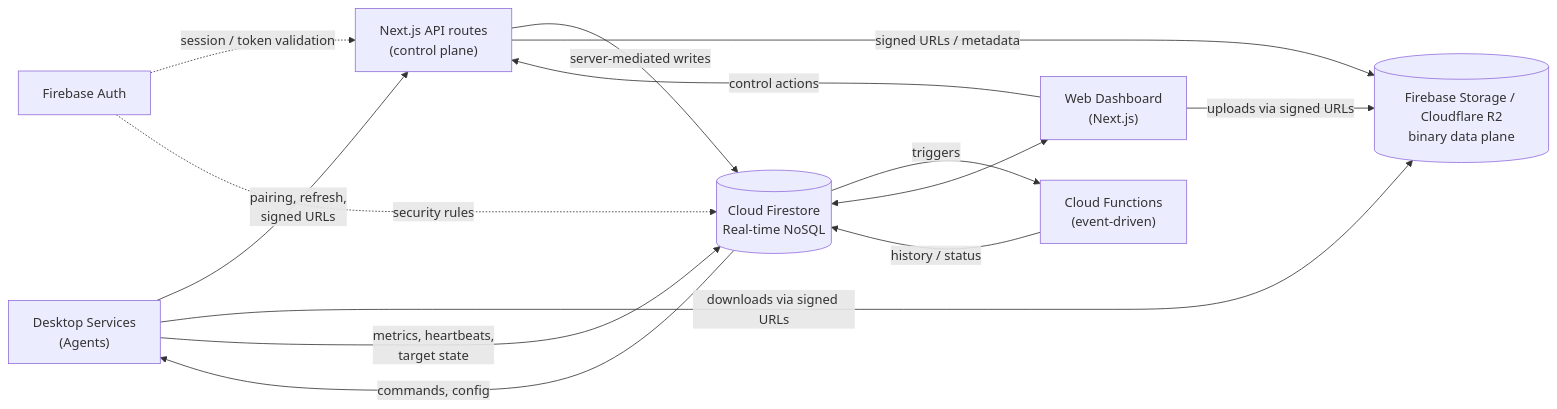
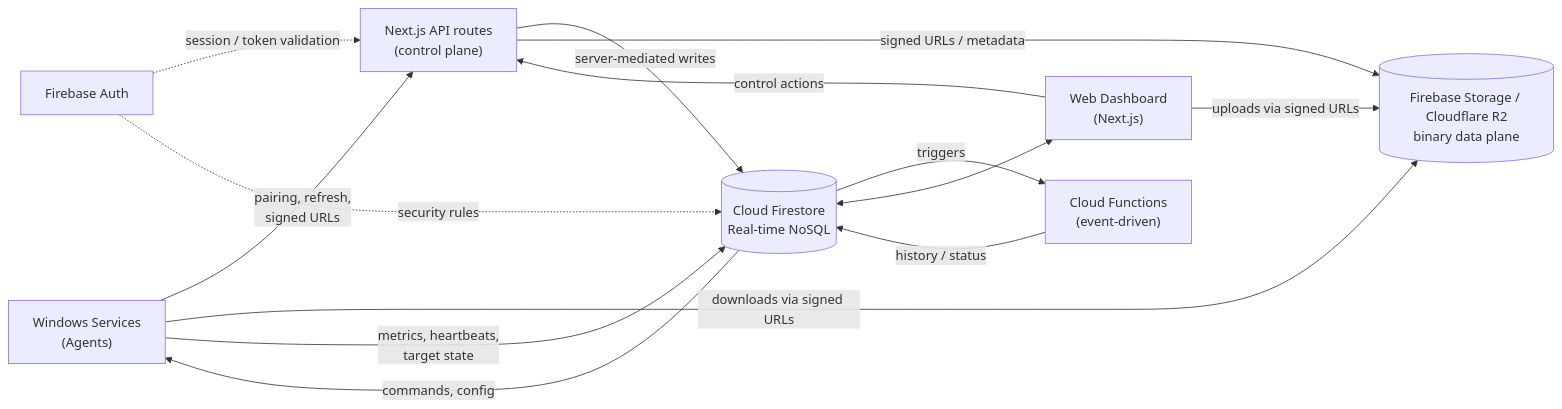
The first of 10 diagrams in web/content/docs/architecture.mdx (theexperiential/owlette), drawn with Mermaid before and after one commit. The commit also changed other lines of this file and 27 other files, not shown here.

````diff
--- a/web/content/docs/architecture.mdx
+++ b/web/content/docs/architecture.mdx
@@ -10,24 +10,24 @@
 ```mermaid
 flowchart LR
-    Agents["Desktop Services\n(Agents)"]
+    Agents["Windows Services\n(Agents)"]
     API["Next.js API routes\n(control plane)"]
     FS[("Cloud Firestore\nReal-time NoSQL")]
     Storage[("Firebase Storage / Cloudflare R2\nbinary data plane")]
     CF["Cloud Functions\n(event-driven)"]
     Dashboard["Web Dashboard\n(Next.js)"]
     Auth["Firebase Auth"]
 
     Dashboard -- "control actions" --> API
     Agents -- "pairing, refresh,\nsigned URLs" --> API
     API -- "server-mediated writes" --> FS
     API -- "signed URLs / metadata" --> Storage
     Dashboard -- "uploads via signed URLs" --> Storage
     Agents -- "downloads via signed URLs" --> Storage
     Agents -- "metrics, heartbeats,\ntarget state" --> FS
     FS -- "commands, config" --> Agents
     FS -- "triggers" --> CF
     CF -- "history / status" --> FS
     FS <--> Dashboard
     Auth -. "session / token validation" .-> API
     Auth -. "security rules" .-> FS
 ```
````
